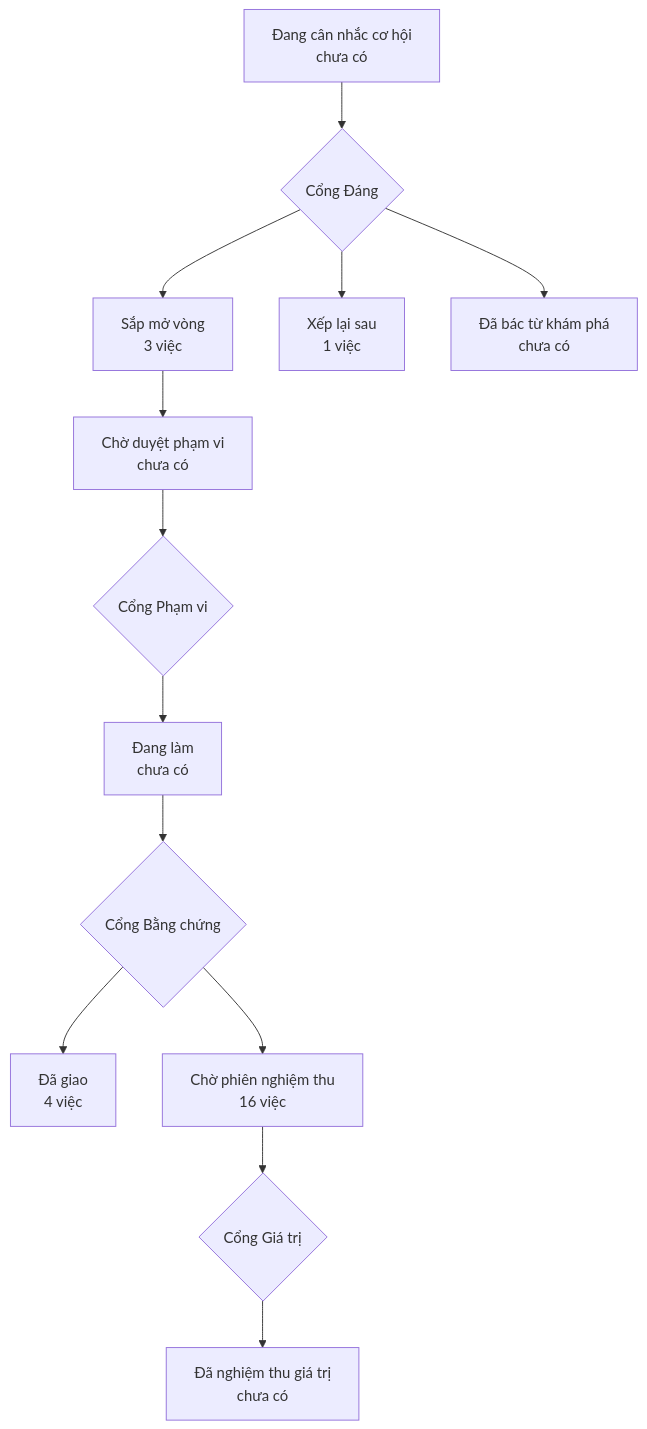
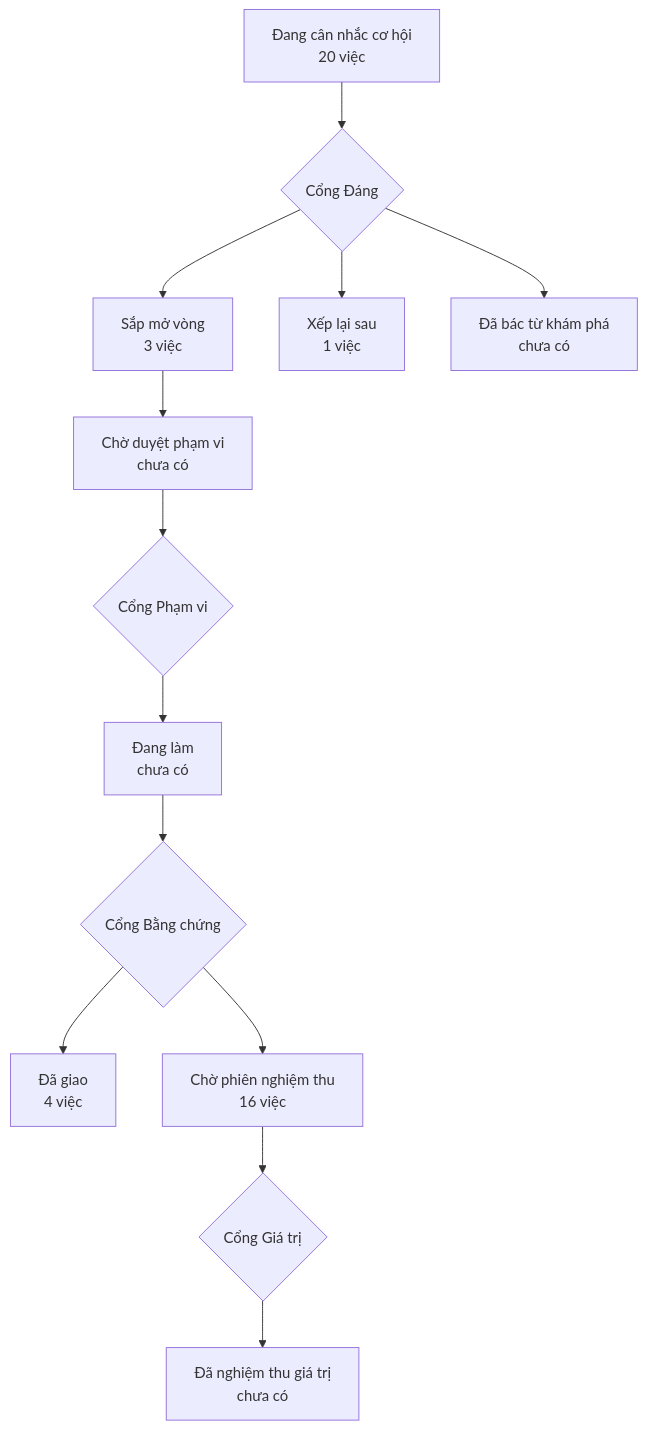
The diagram in PRODUCT-MAP.md (phanlemanh/onehub-quy-hang), drawn with Mermaid before and after one commit. The commit also changed other lines of this file and 46 other files, not shown here.

First line of the commit message:
chore(dieu-phoi): gói đợt dau-chu-dong-vao và 20 ô Cổng Đáng chờ ký

````diff
--- a/PRODUCT-MAP.md
+++ b/PRODUCT-MAP.md
@@ -7,12 +7,12 @@
 ```mermaid
 flowchart TD
-  A["Đang cân nhắc cơ hội<br/>chưa có"] --> GD{"Cổng Đáng"}
+  A["Đang cân nhắc cơ hội<br/>20 việc"] --> GD{"Cổng Đáng"}
   GD --> B["Sắp mở vòng<br/>3 việc"]
   GD --> XL["Xếp lại sau<br/>1 việc"]
   GD --> DB["Đã bác từ khám phá<br/>chưa có"]
   B --> CD["Chờ duyệt phạm vi<br/>chưa có"] --> GP{"Cổng Phạm vi"}
   GP --> DL["Đang làm<br/>chưa có"] --> GB{"Cổng Bằng chứng"}
   GB --> DG["Đã giao<br/>4 việc"]
   GB --> CN["Chờ phiên nghiệm thu<br/>16 việc"] --> GG{"Cổng Giá trị"}
   GG --> NT["Đã nghiệm thu giá trị<br/>chưa có"]
 ```
````
